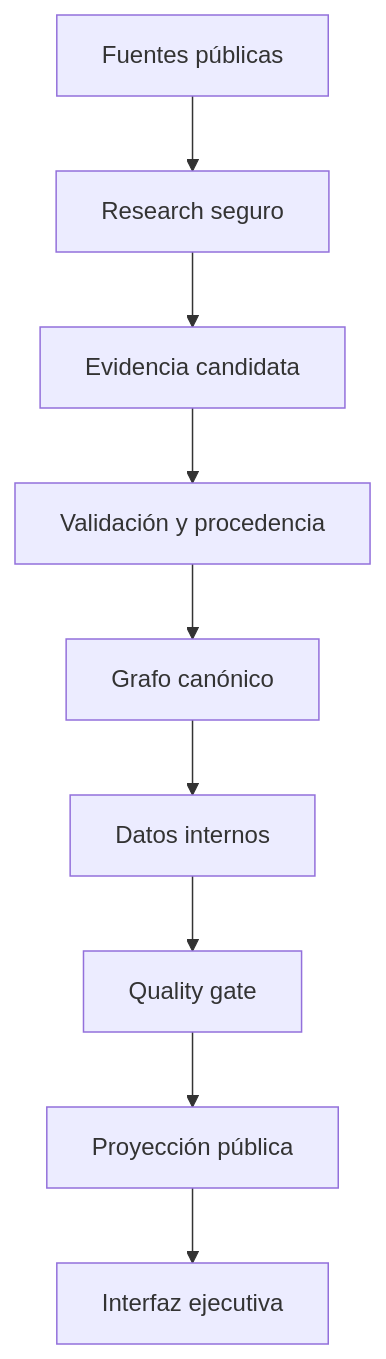
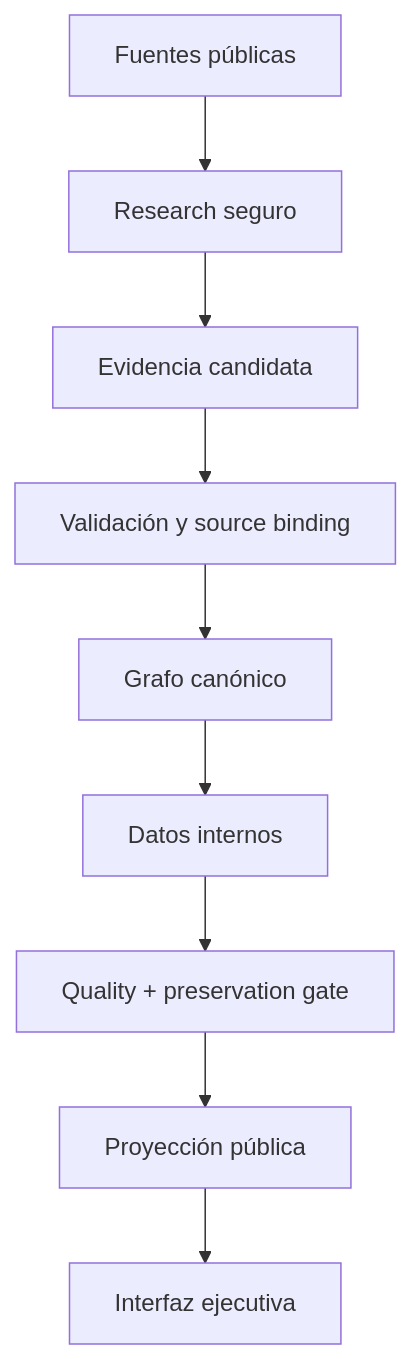
The diagram in docs/ARCHITECTURE.md (ivanderodrigo/estrategia), drawn with Mermaid before and after one commit. The commit also changed other lines of this file and 73 other files, not shown here.

````diff
--- a/docs/ARCHITECTURE.md
+++ b/docs/ARCHITECTURE.md
@@ -7,11 +7,11 @@
 ```mermaid
 flowchart TD
     S["Fuentes públicas"] --> R["Research seguro"]
     R --> E["Evidencia candidata"]
-    E --> V["Validación y procedencia"]
+    E --> V["Validación y source binding"]
     V --> G["Grafo canónico"]
     G --> D["Datos internos"]
-    D --> Q["Quality gate"]
+    D --> Q["Quality + preservation gate"]
     Q --> P["Proyección pública"]
     P --> U["Interfaz ejecutiva"]
 ```
````
